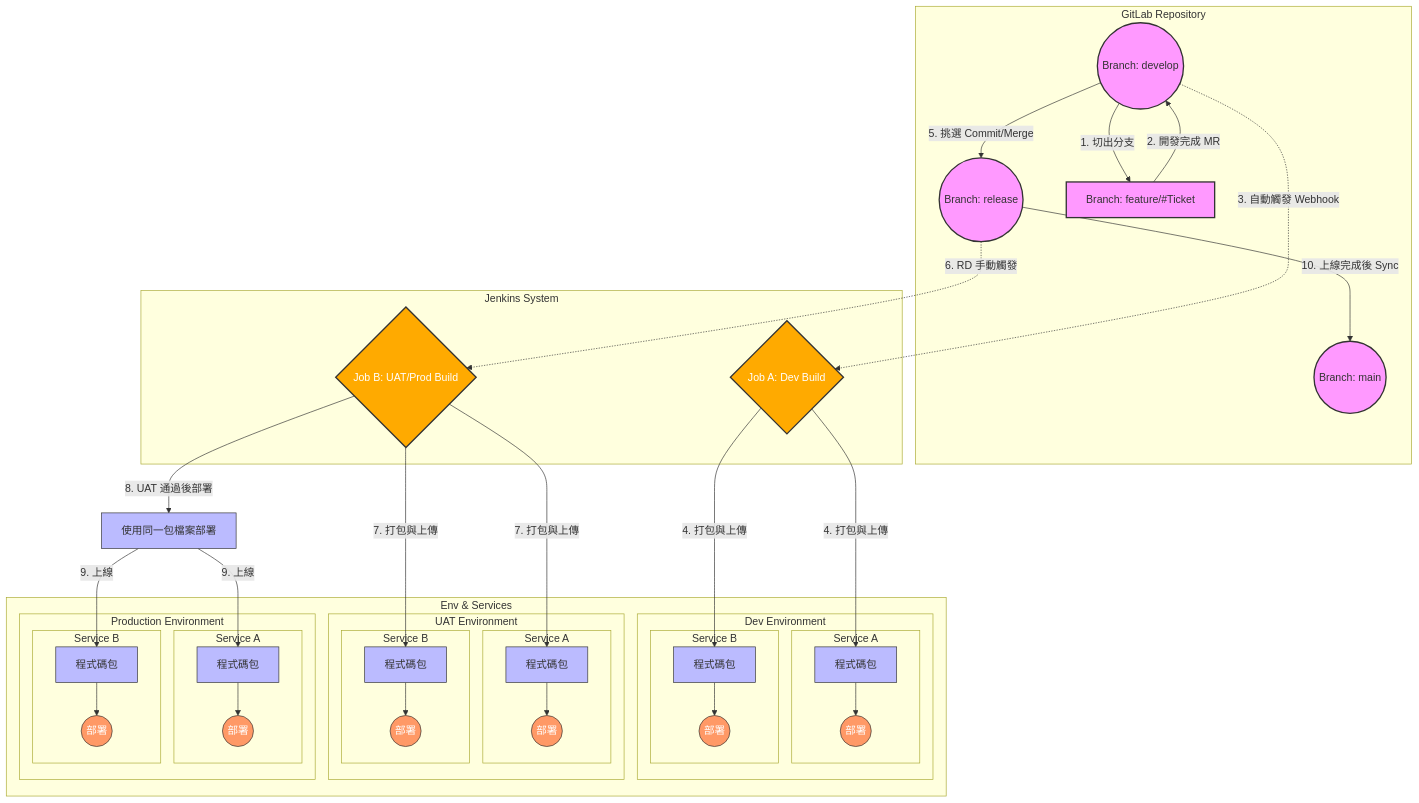
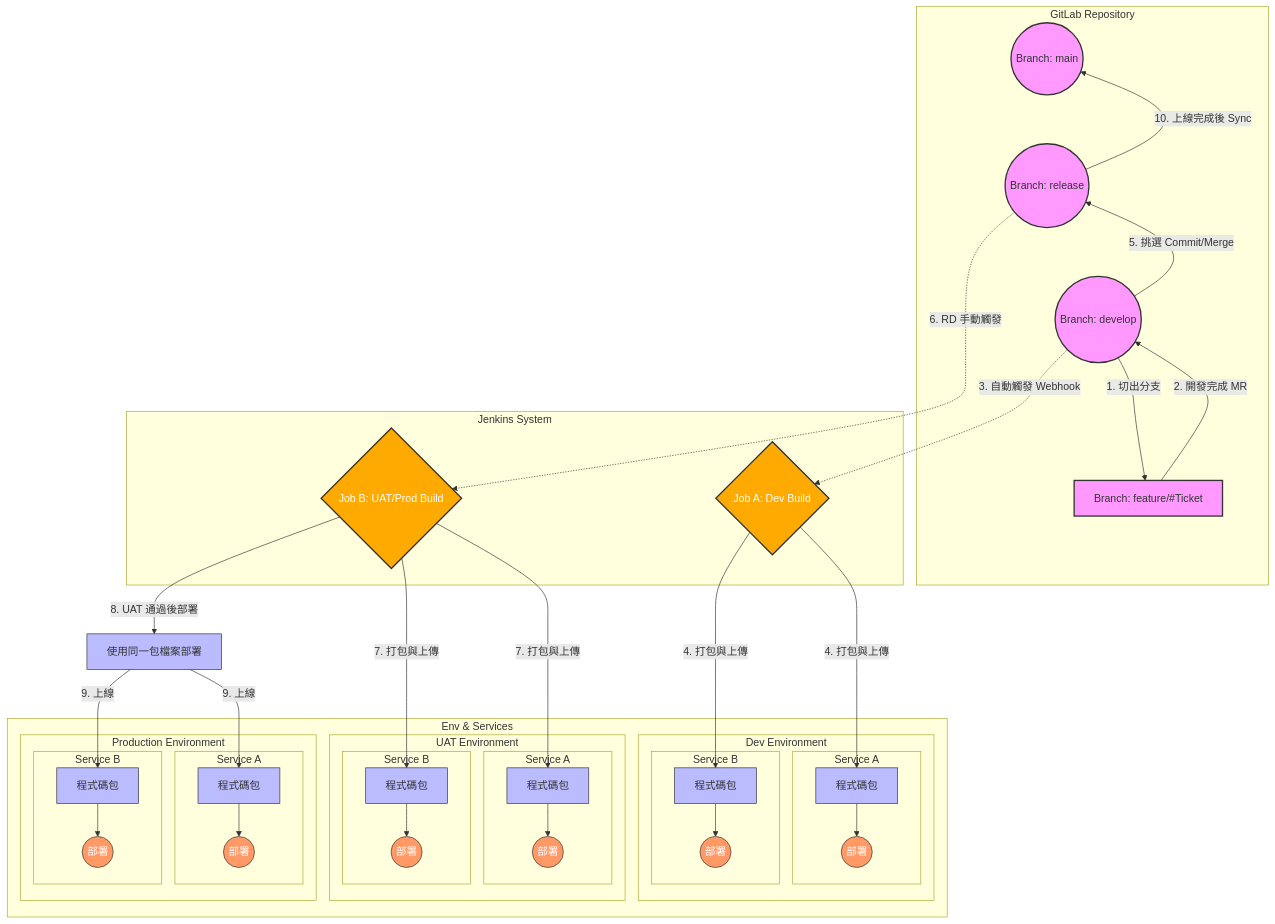
Before and after one commit to almightyken0425/KnowledgeVault: the second of 2 diagrams in SIT/ReleaseWorkFlow.md, drawn with Mermaid.

````diff
--- a/SIT/ReleaseWorkFlow.md
+++ b/SIT/ReleaseWorkFlow.md
@@ -47,79 +47,82 @@
 ```mermaid
 graph TD
     %% 定義樣式
     classDef branch fill:#f9f,stroke:#333,stroke-width:2px;
     classDef action fill:#bbf,stroke:#333,stroke-width:1px;
     classDef server fill:#dfd,stroke:#333,stroke-width:1px;
     classDef jenkins fill:#fa0,stroke:#333,stroke-width:2px,color:white;
     classDef deployAction fill:#f96,stroke:#333,stroke-width:1px,color:white;
 
     %% 節點定義
     subgraph Git_Repo [GitLab Repository]
         Main((Branch: main)):::branch
         Release((Branch: release)):::branch
         Develop((Branch: develop)):::branch
         Feature[Branch: feature/#Ticket]:::branch
+
+        %% 強制排版順序: Main 在最左邊
+        Main ~~~ Release ~~~ Develop ~~~ Feature
     end
 
     subgraph CI_CD [Jenkins System]
         JobA{Job A: Dev Build}:::jenkins
         JobB{Job B: UAT/Prod Build}:::jenkins
     end
 
     subgraph Environments [Env & Services]
         subgraph DevEnv [Dev Environment]
             subgraph DevServiceA [Service A]
                 DevPkgA[程式碼包]:::action
                 DevDeployA((部署)):::deployAction
                 DevPkgA --> DevDeployA
             end
             subgraph DevServiceB [Service B]
                 DevPkgB[程式碼包]:::action
                 DevDeployB((部署)):::deployAction
                 DevPkgB --> DevDeployB
             end
         end
         subgraph UATEnv [UAT Environment]
             subgraph UATServiceA [Service A]
                 UATPkgA[程式碼包]:::action
                 UATDeployA((部署)):::deployAction
                 UATPkgA --> UATDeployA
             end
             subgraph UATServiceB [Service B]
                 UATPkgB[程式碼包]:::action
                 UATDeployB((部署)):::deployAction
                 UATPkgB --> UATDeployB
             end
         end
         subgraph ProdEnv [Production Environment]
             subgraph ProdServiceA [Service A]
                 ProdPkgA[程式碼包]:::action
                 ProdDeployA((部署)):::deployAction
                 ProdPkgA --> ProdDeployA
             end
             subgraph ProdServiceB [Service B]
                 ProdPkgB[程式碼包]:::action
                 ProdDeployB((部署)):::deployAction
                 ProdPkgB --> ProdDeployB
             end
         end
     end
 
     %% 流程線
     Develop -->|1. 切出分支| Feature
     Feature -->|2. 開發完成 MR| Develop
 
     Develop -.->|3. 自動觸發 Webhook| JobA
     JobA -->|4. 打包與上傳| DevPkgA & DevPkgB
 
     Develop -->|5. 挑選 Commit/Merge| Release
     Release -.->|6. RD 手動觸發| JobB
 
     JobB -->|7. 打包與上傳| UATPkgA & UATPkgB
     
     JobB -->|8. UAT 通過後部署| ProdDeploy[使用同一包檔案部署]:::action
     
     ProdDeploy -->|9. 上線| ProdPkgA & ProdPkgB
 
     Release -->|10. 上線完成後 Sync| Main
 ```
````
